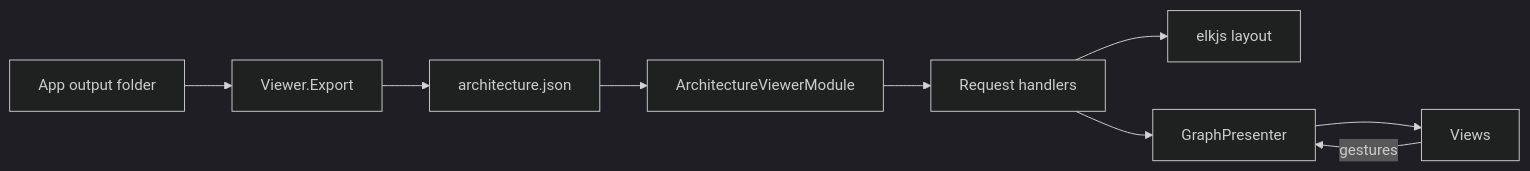
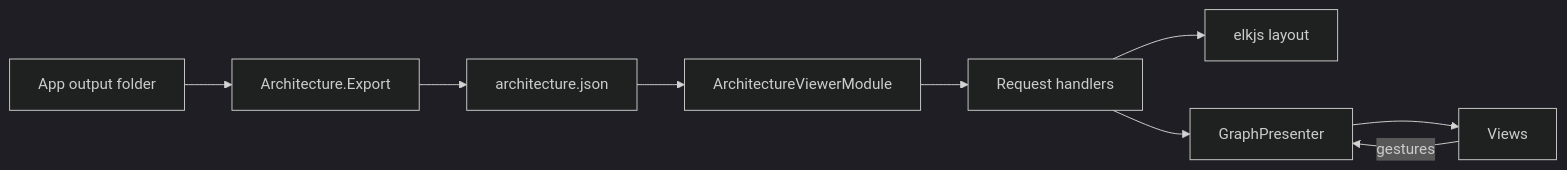
The diagram in docs/viewer.md (MgCohen/vsa-template), drawn with Mermaid (dark theme) before and after one commit. The commit also changed other lines of this file and 45 other files, not shown here.

First line of the commit message:
Move the architecture.json model out of the viewer

````diff
--- a/docs/viewer.md
+++ b/docs/viewer.md
@@ -29,11 +28,11 @@
 ```mermaid
 flowchart LR
-    A[App output folder] --> X[Viewer.Export]
+    A[App output folder] --> X[Architecture.Export]
     X --> D[architecture.json]
     D --> M[ArchitectureViewerModule]
     M --> H[Request handlers]
     H --> E[elkjs layout]
     H --> P[GraphPresenter]
     P --> V[Views]
     V -->|gestures| P
 ```
````
